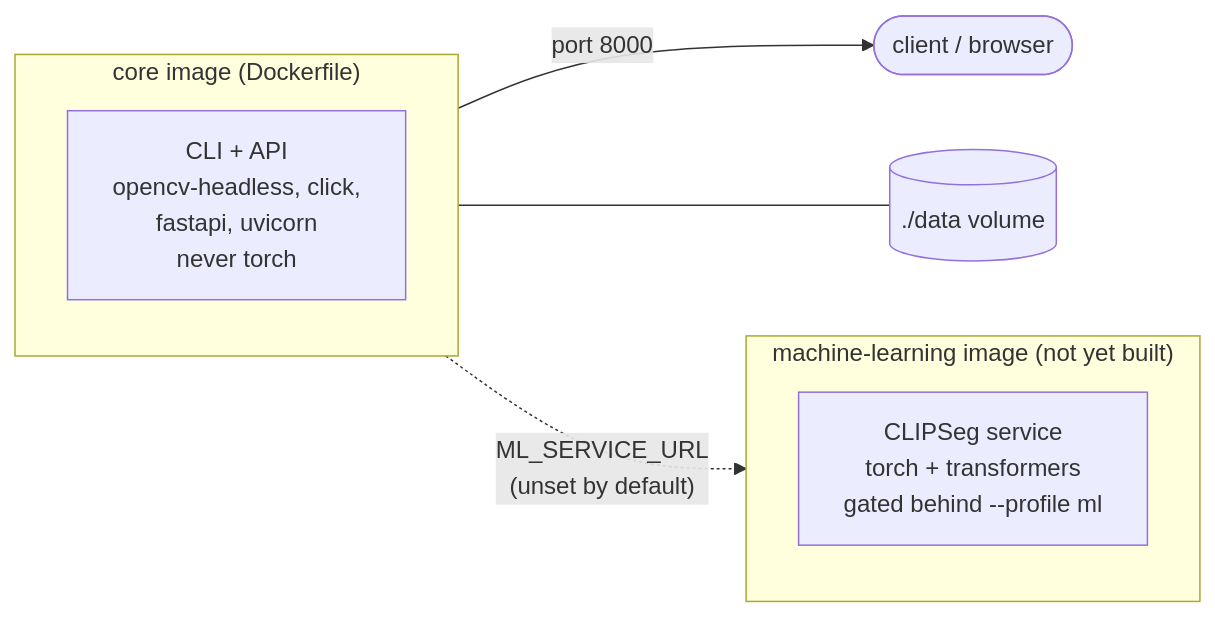
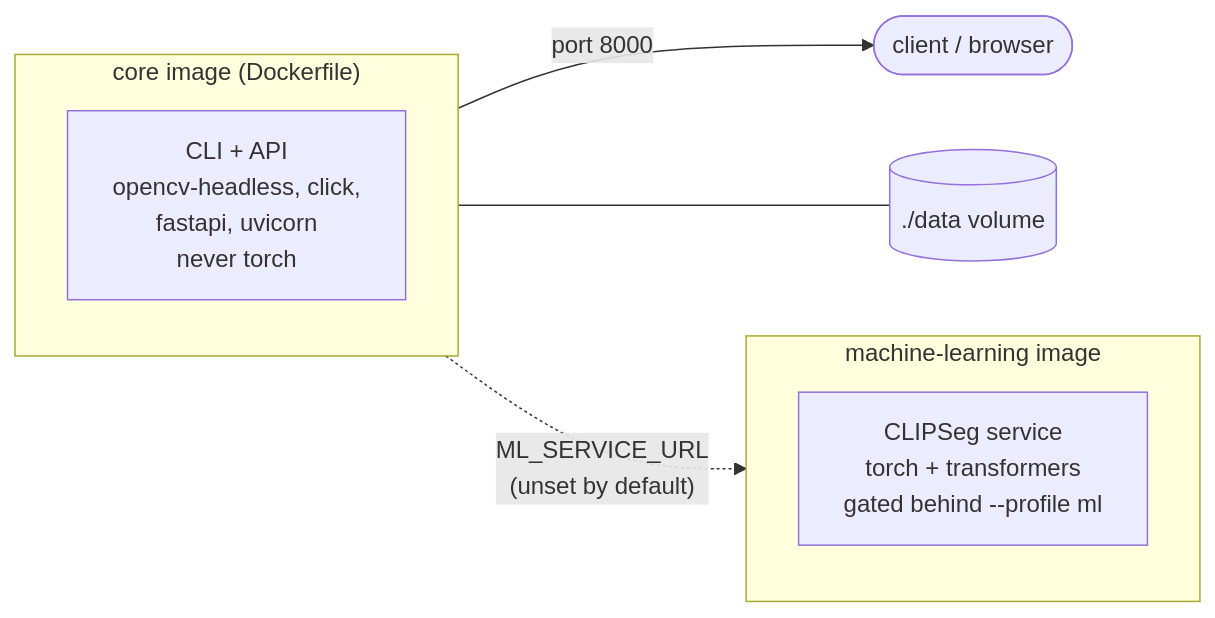
One commit to glb99/cinemagraph changed the second of 2 diagrams in README.md. Above: the diagram before and after it, drawn with Mermaid. The commit also changed other lines of this file and 10 other files, not shown here.

````diff
--- a/README.md
+++ b/README.md
@@ -284,16 +286,16 @@
 ```mermaid
 flowchart LR
     subgraph CoreImage["core image (Dockerfile)"]
         CoreApp["CLI + API<br/>opencv-headless, click,<br/>fastapi, uvicorn<br/>never torch"]
     end
 
-    subgraph MLImage["machine-learning image (not yet built)"]
+    subgraph MLImage["machine-learning image"]
         MLApp["CLIPSeg service<br/>torch + transformers<br/>gated behind --profile ml"]
     end
 
     DataVol[("./data volume")]
 
     CoreImage -- "port 8000" --> Client(["client / browser"])
     CoreImage --- DataVol
     CoreImage -.->|"ML_SERVICE_URL<br/>(unset by default)"| MLImage
 ```
````
